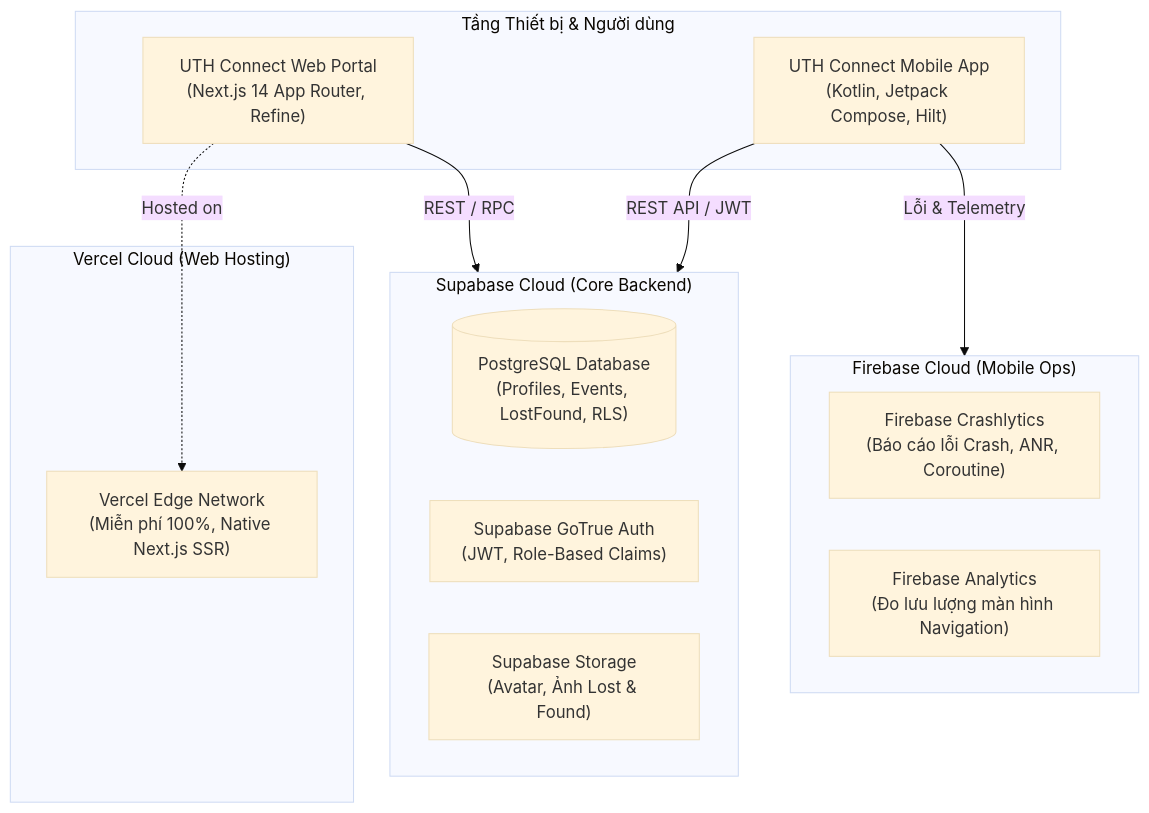
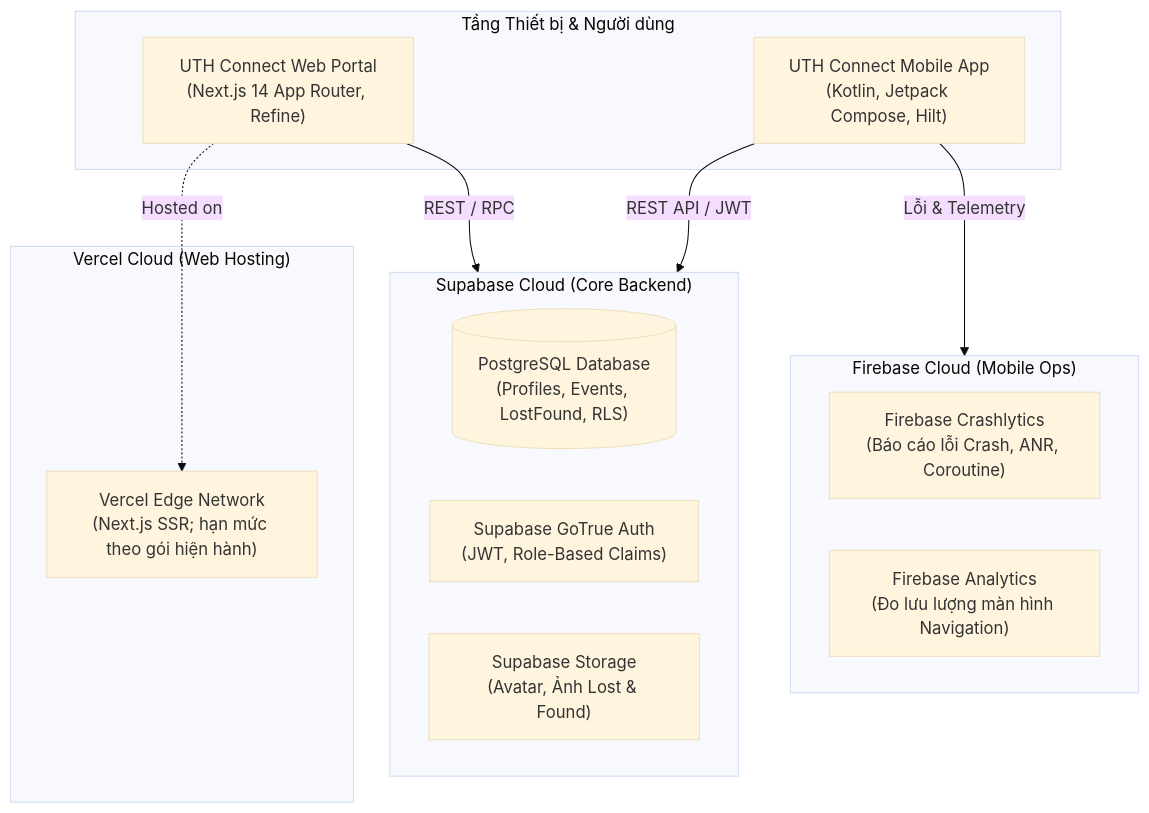
One commit to ThinhNguyen2005/UTH-Connect changed the first of 2 diagrams in docs/plan/PLAN_OBSERVABILITY_AND_WEB_DEPLOYMENT.md. Above: the diagram before and after it, drawn with Mermaid (base theme). The commit also changed other lines of this file and 26 other files, not shown here.

````diff
--- a/docs/plan/PLAN_OBSERVABILITY_AND_WEB_DEPLOYMENT.md
+++ b/docs/plan/PLAN_OBSERVABILITY_AND_WEB_DEPLOYMENT.md
@@ -18,27 +18,27 @@
 ```mermaid
 flowchart TD
     subgraph Client_Layer["Tầng Thiết bị & Người dùng"]
         AndroidApp["UTH Connect Mobile App\n(Kotlin, Jetpack Compose, Hilt)"]
         WebAdmin["UTH Connect Web Portal\n(Next.js 14 App Router, Refine)"]
     end
 
     subgraph Firebase_Ops["Firebase Cloud (Mobile Ops)"]
         Crashlytics["Firebase Crashlytics\n(Báo cáo lỗi Crash, ANR, Coroutine)"]
         Analytics["Firebase Analytics\n(Đo lưu lượng màn hình Navigation)"]
     end
 
     subgraph Supabase_Core["Supabase Cloud (Core Backend)"]
         PostgresDB[("PostgreSQL Database\n(Profiles, Events, LostFound, RLS)")]
         SupabaseAuth["Supabase GoTrue Auth\n(JWT, Role-Based Claims)"]
         SupabaseStorage["Supabase Storage\n(Avatar, Ảnh Lost & Found)"]
     end
 
     subgraph Vercel_Infra["Vercel Cloud (Web Hosting)"]
-        VercelCDN["Vercel Edge Network\n(Miễn phí 100%, Native Next.js SSR)"]
+        VercelCDN["Vercel Edge Network\n(Next.js SSR; hạn mức theo gói hiện hành)"]
     end
 
     AndroidApp -- "Lỗi & Telemetry" --> Firebase_Ops
     AndroidApp -- "REST API / JWT" --> Supabase_Core
     WebAdmin -- "REST / RPC" --> Supabase_Core
     WebAdmin -. "Hosted on" .-> VercelCDN
 ```
````
